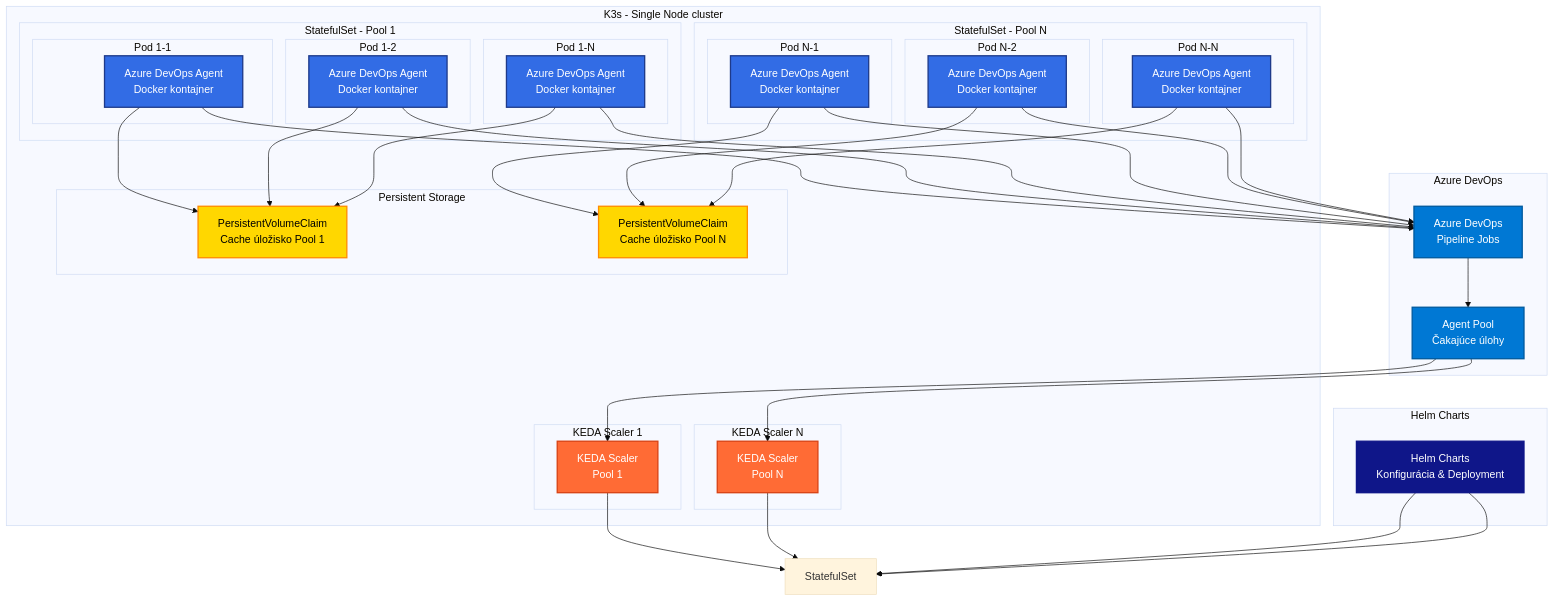
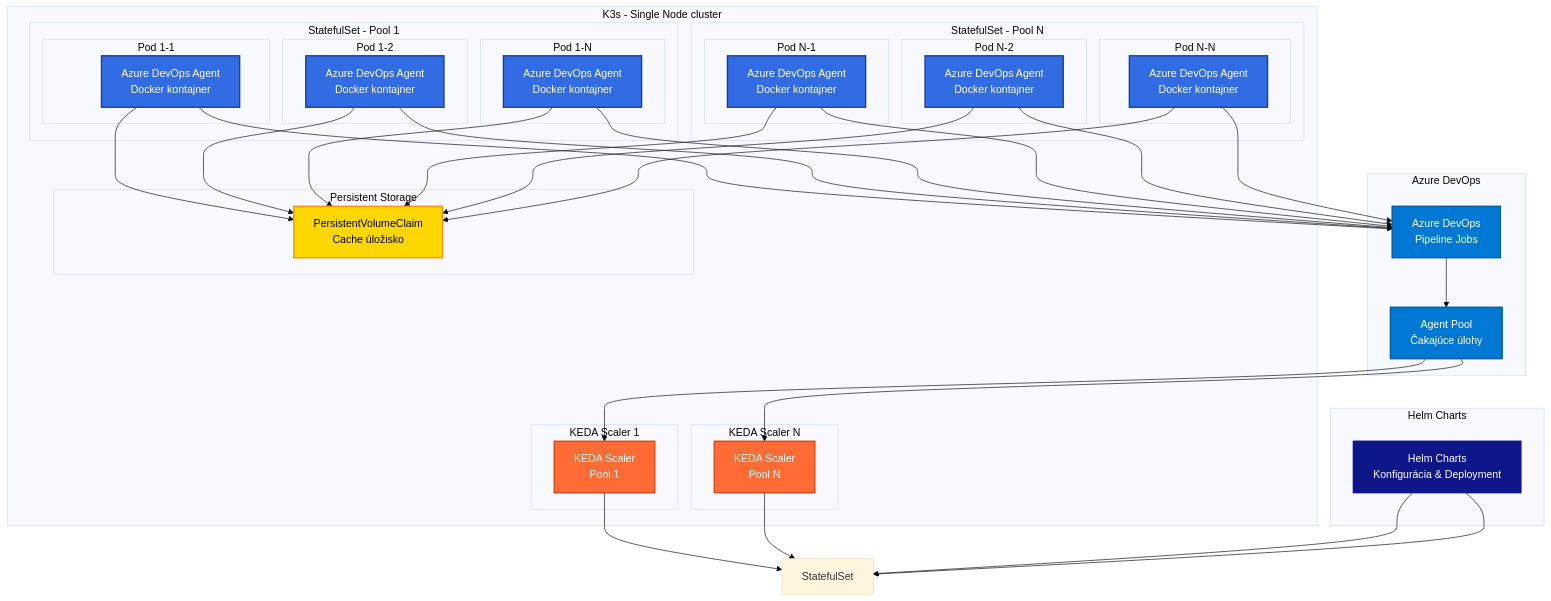
Before and after one commit to motycak/kros-sk.github.io: the first of 2 diagrams in linuxmachine/user-documentation.md, drawn with Mermaid (base theme).

````diff
--- a/linuxmachine/user-documentation.md
+++ b/linuxmachine/user-documentation.md
@@ -77,8 +77,7 @@
         end
         
         subgraph "Persistent Storage"
-            PVC1[PersistentVolumeClaim<br/>Cache úložisko Pool 1]
-            PVCN[PersistentVolumeClaim<br/>Cache úložisko Pool N]
+            PVC[PersistentVolumeClaim<br/>Cache úložisko]
         end
     end
     
@@ -97,13 +96,12 @@
     HELM --> StatefulSet
     HELM --> StatefulSet
     
-    AGENT1_1 --> PVC1
-    AGENT1_2 --> PVC1
-    AGENT1_N --> PVC1
-    
-    AGENTN_1 --> PVCN
-    AGENTN_2 --> PVCN
-    AGENTN_N --> PVCN
+    AGENT1_1 --> PVC
+    AGENT1_2 --> PVC
+    AGENT1_N --> PVC
+    AGENTN_1 --> PVC
+    AGENTN_2 --> PVC
+    AGENTN_N --> PVC
     
     AGENT1_1 --> ADO
     AGENT1_2 --> ADO
@@ -123,5 +121,5 @@
     class KEDA_SCALER1,KEDA_SCALERN keda
     class AGENT1_1,AGENT1_2,AGENT1_N,AGENTN_1,AGENTN_2,AGENTN_N k8s
     class HELM helm
-    class PVC1,PVCN storage
+    class PVC storage
 ```
````
